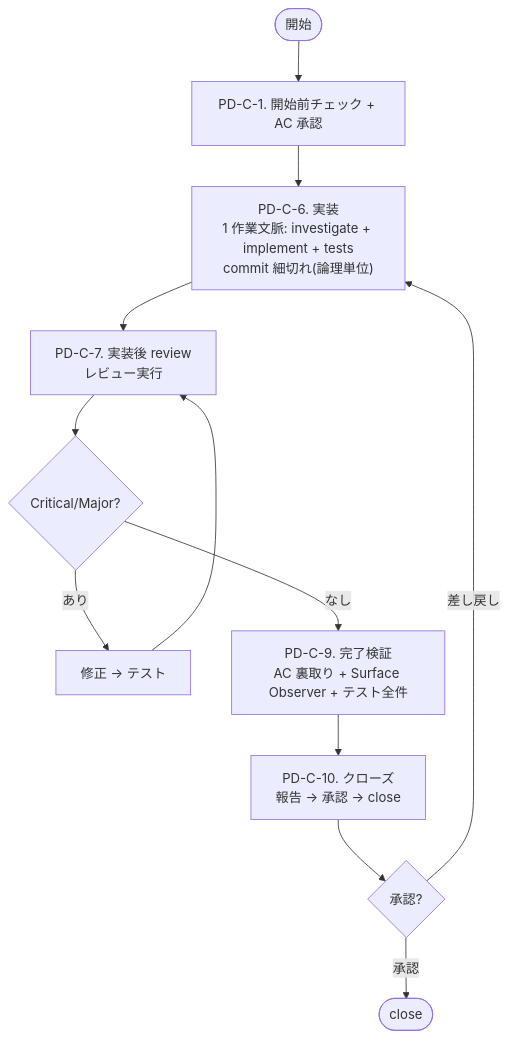
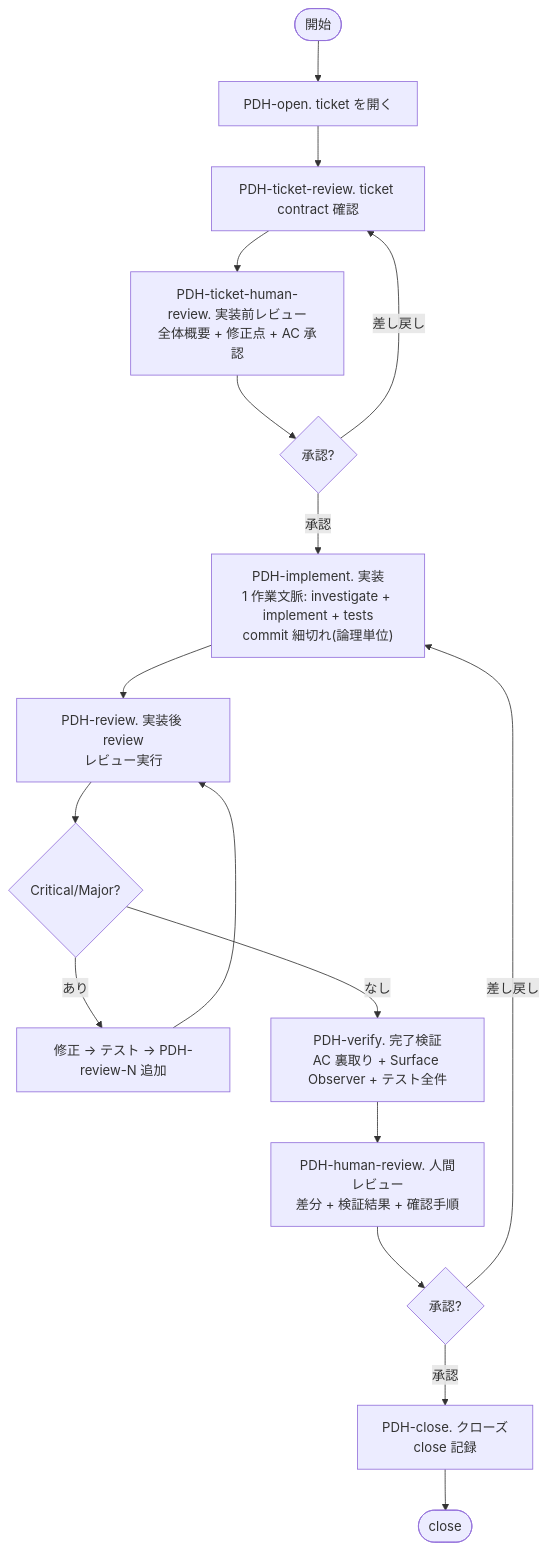
The diagram in skills/pdh-dev/_flow.md (masuidrive/pdh), drawn with Mermaid before and after one commit. The commit also changed other lines of this file and 17 other files, not shown here.

Commit message:
Update PDH stage flow and review tooling

````diff
--- a/skills/pdh-dev/_flow.md
+++ b/skills/pdh-dev/_flow.md
@@ -15,13 +15,18 @@
 ```mermaid
 flowchart TD
-    Start([開始]) --> PDC1["PD-C-1. 開始前チェック + AC 承認"]
-    PDC1 --> PDC6["PD-C-6. 実装<br/>1 作業文脈: investigate + implement + tests<br/>commit 細切れ(論理単位)"]
-    PDC6 --> PDC7["PD-C-7. 実装後 review<br/>レビュー実行"]
+    Start([開始]) --> PDC1["PDH-open. ticket を開く"]
+    PDC1 --> PDTR["PDH-ticket-review. ticket contract 確認"]
+    PDTR --> PDTHR["PDH-ticket-human-review. 実装前レビュー<br/>全体概要 + 修正点 + AC 承認"]
+    PDTHR --> PDTHRq{"承認?"}
+    PDTHRq -- "差し戻し" --> PDTR
+    PDTHRq -- "承認" --> PDC6["PDH-implement. 実装<br/>1 作業文脈: investigate + implement + tests<br/>commit 細切れ(論理単位)"]
+    PDC6 --> PDC7["PDH-review. 実装後 review<br/>レビュー実行"]
     PDC7 --> PDC7q{"Critical/Major?"}
-    PDC7q -- "あり" --> PDC7fix["修正 → テスト"] --> PDC7
-    PDC7q -- "なし" --> PDC9["PD-C-9. 完了検証<br/>AC 裏取り + Surface Observer + テスト全件"]
-    PDC9 --> PDC10["PD-C-10. クローズ<br/>報告 → 承認 → close"]
-    PDC10 --> PDC10q{"承認?"}
+    PDC7q -- "あり" --> PDC7fix["修正 → テスト → PDH-review-N 追加"] --> PDC7
+    PDC7q -- "なし" --> PDC9["PDH-verify. 完了検証<br/>AC 裏取り + Surface Observer + テスト全件"]
+    PDC9 --> PDHR["PDH-human-review. 人間レビュー<br/>差分 + 検証結果 + 確認手順"]
+    PDHR --> PDC10q{"承認?"}
     PDC10q -- "差し戻し" --> PDC6
-    PDC10q -- "承認" --> Done([close])
+    PDC10q -- "承認" --> PDC10["PDH-close. クローズ<br/>close 記録"]
+    PDC10 --> Done([close])
 ```
````
